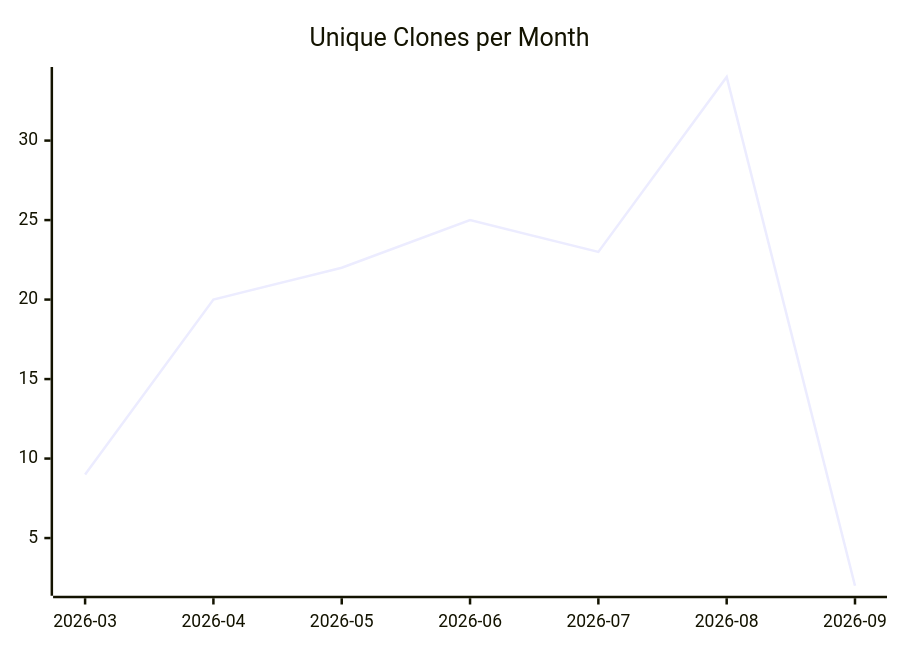
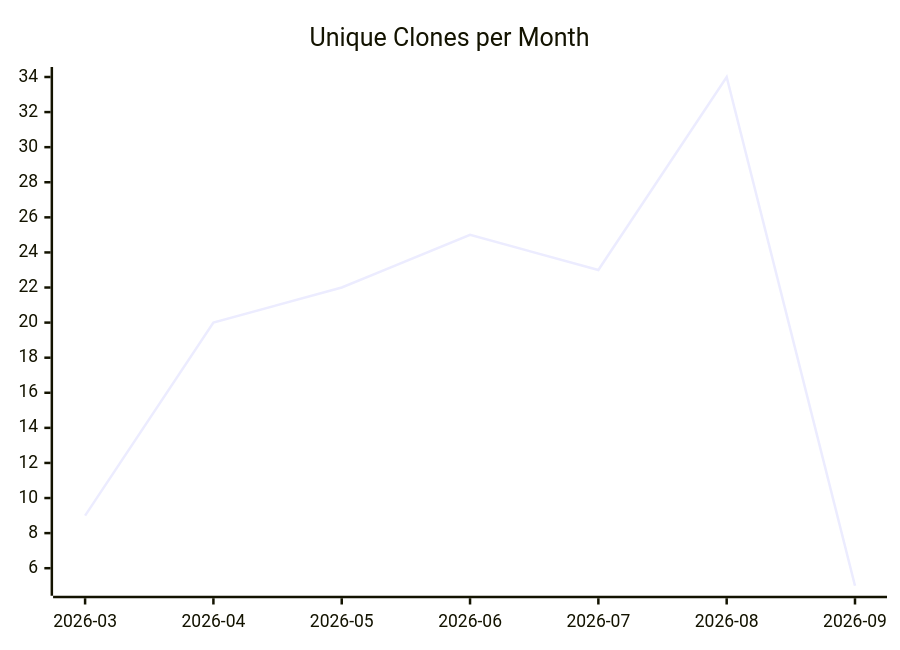
One commit to justdavis-family/github-analytics-data changed the third of 3 diagrams in karlmdavis/kxml2/README.md. Above: the diagram before and after it, drawn with Mermaid. The commit also changed other lines of this file and 191 other files, not shown here.

````diff
--- a/karlmdavis/kxml2/README.md
+++ b/karlmdavis/kxml2/README.md
@@ -19,6 +19,6 @@
 ```mermaid
 xychart-beta
   title "Unique Clones per Month"
   x-axis ["2026-03", "2026-04", "2026-05", "2026-06", "2026-07", "2026-08", "2026-09"]
-  line [9, 20, 22, 25, 23, 34, 2]
+  line [9, 20, 22, 25, 23, 34, 5]
 ```
````
